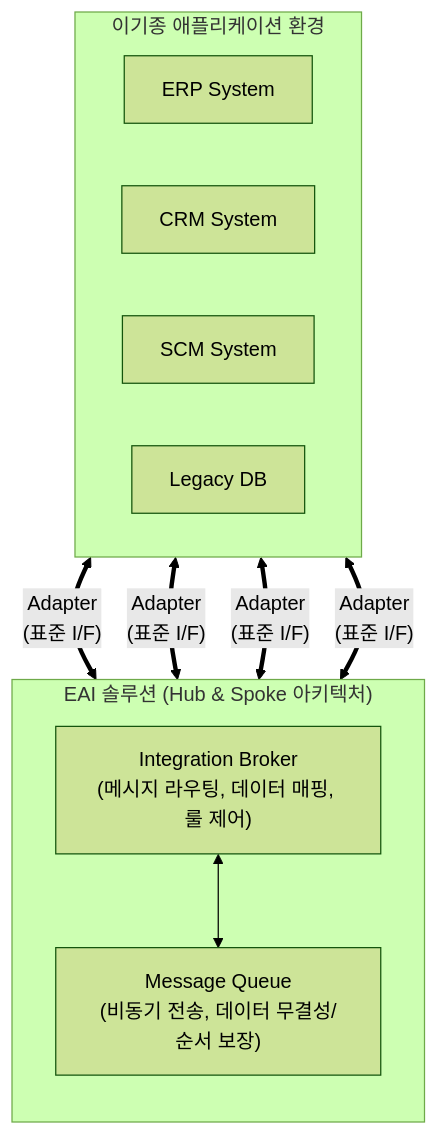
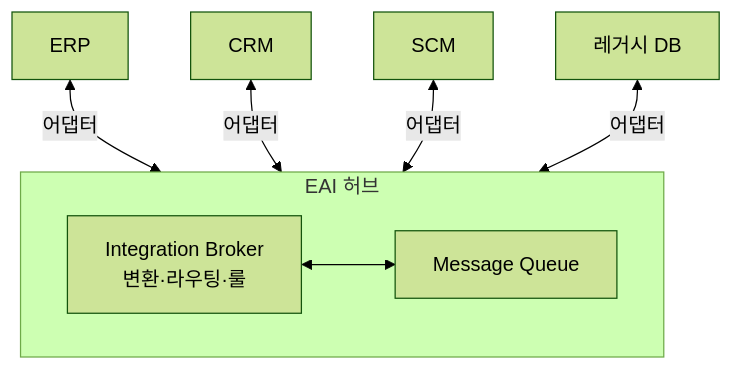
The diagram in content/01_IT Tech/EAI.md (supremethumb/supremethumb.github.io), drawn with Mermaid (forest theme) before and after one commit. The commit also changed other lines of this file and 1087 other files, not shown here.

````diff
--- a/content/01_IT Tech/EAI.md
+++ b/content/01_IT Tech/EAI.md
@@ -27,24 +34,11 @@
 ```mermaid
-flowchart TD
-    subgraph EAI_Hub["EAI 솔루션 (Hub & Spoke 아키텍처)"]
-        direction TB
-        Broker["Integration Broker<br/>(메시지 라우팅, 데이터 매핑, 룰 제어)"]
-        MQ["Message Queue<br/>(비동기 전송, 데이터 무결성/순서 보장)"]
-        
-        Broker <--> MQ
+flowchart TB
+    subgraph H["EAI 허브"]
+        direction LR
+        BR["Integration Broker<br/>변환·라우팅·룰"] <--> MQ["Message Queue"]
     end
-
-    subgraph Endpoints["이기종 애플리케이션 환경"]
-        direction LR
-        ERP["ERP System"]
-        CRM["CRM System"]
-        SCM["SCM System"]
-        Legacy["Legacy DB"]
-    end
-
-    ERP <== "Adapter\n(표준 I/F)" ==> Broker
-    CRM <== "Adapter\n(표준 I/F)" ==> Broker
-    SCM <== "Adapter\n(표준 I/F)" ==> Broker
-    Legacy <== "Adapter\n(표준 I/F)" ==> Broker
-
+    ERP["ERP"] <-->|"어댑터"| BR
+    CRM["CRM"] <-->|"어댑터"| BR
+    SCM["SCM"] <-->|"어댑터"| BR
+    LG["레거시 DB"] <-->|"어댑터"| BR
 ```
````
